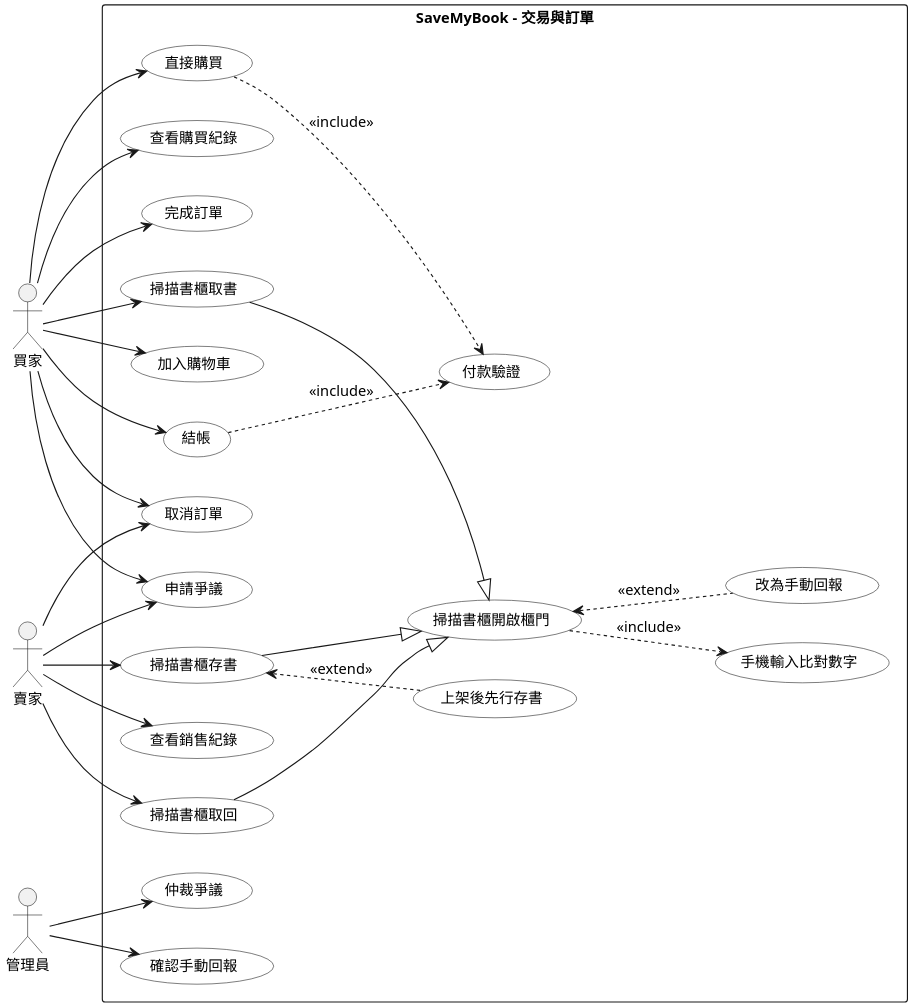
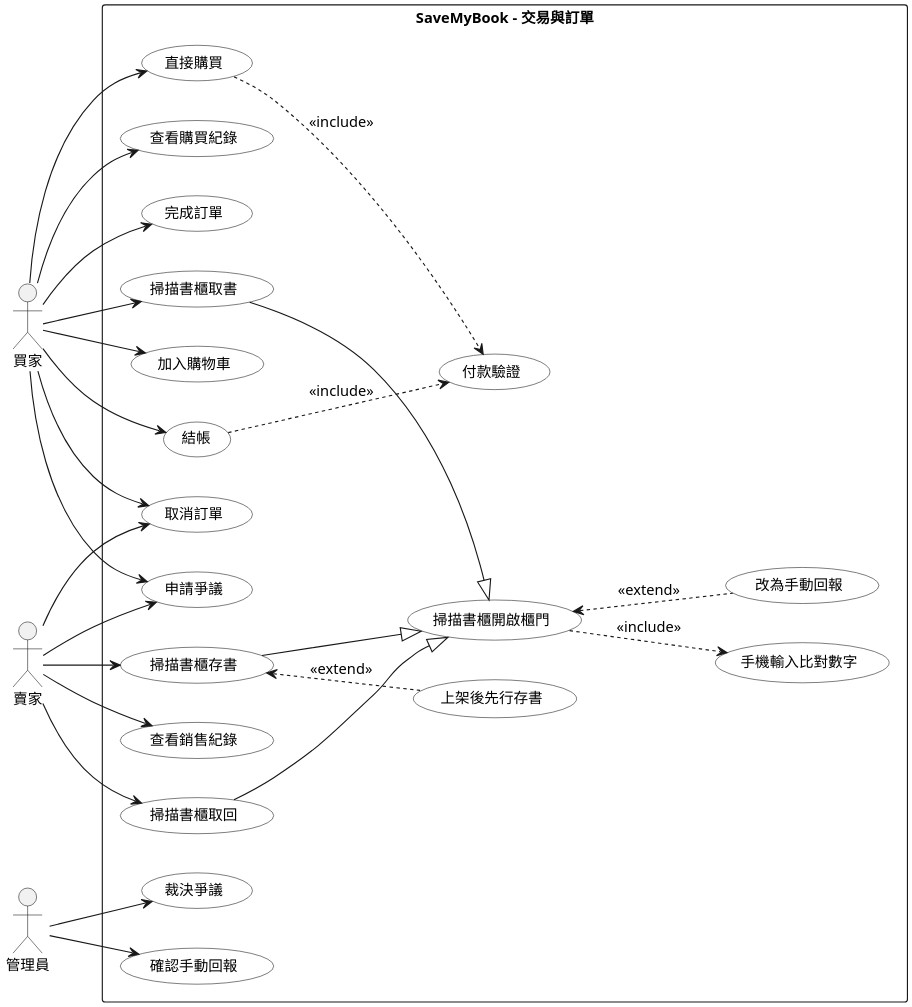
One commit to SaveMyBook/SaveMyBook changed the diagram in Diagrams/Use Case/v3/uc_orders.puml. Above: the diagram before and after it, drawn with PlantUML. The commit also changed 288 other files, not shown here.

```diff
--- a/Diagrams/Use Case/v3/uc_orders.puml
+++ b/Diagrams/Use Case/v3/uc_orders.puml
@@ -1,60 +1,60 @@
 @startuml
 skinparam monochrome true
 skinparam shadowing false
 skinparam dpi 220
 skinparam defaultFontName "PingFang TC"
 skinparam defaultFontSize 13
 skinparam usecase {
   BackgroundColor white
 }
 left to right direction
 
 actor 買家
 actor 賣家
 actor 管理員
 
 rectangle "SaveMyBook - 交易與訂單" {
   usecase "加入購物車" as cart
   usecase "結帳" as checkout
   usecase "直接購買" as buynow
   usecase "付款驗證" as verify
   usecase "查看購買紀錄" as history
   usecase "完成訂單" as complete
   usecase "申請爭議" as dispute
   usecase "取消訂單" as cancel
   usecase "查看銷售紀錄" as sales
   usecase "掃描書櫃取書" as pickup
   usecase "掃描書櫃存書" as deposit
   usecase "上架後先行存書" as predeposit
   usecase "掃描書櫃取回" as retrieve
   usecase "掃描書櫃開啟櫃門" as open
   usecase "手機輸入比對數字" as match
   usecase "改為手動回報" as manual
-  usecase "仲裁爭議" as arbitrate
+  usecase "裁決爭議" as arbitrate
   usecase "確認手動回報" as confirm
 }
 
 買家 --> cart
 買家 --> checkout
 買家 --> buynow
 買家 --> history
 買家 --> complete
 買家 --> dispute
 買家 --> cancel
 買家 --> pickup
 checkout ..> verify : <<include>>
 buynow ..> verify : <<include>>
 賣家 --> cancel
 賣家 --> dispute
 賣家 --> sales
 賣家 --> retrieve
 賣家 --> deposit
 deposit <.. predeposit : <<extend>>
 pickup --|> open
 deposit --|> open
 retrieve --|> open
 open ..> match : <<include>>
 open <.. manual : <<extend>>
 管理員 --> arbitrate
 管理員 --> confirm
 @enduml
```
